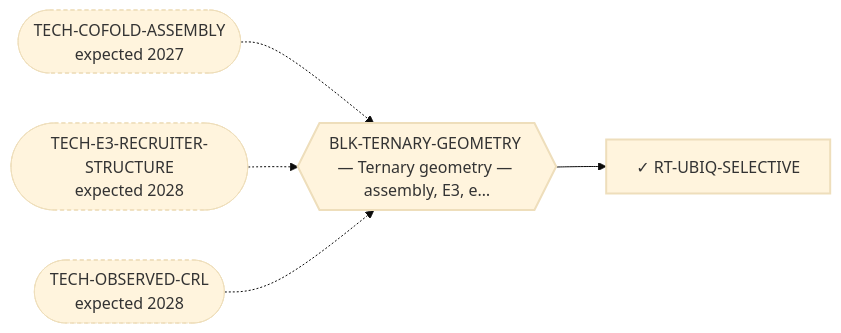
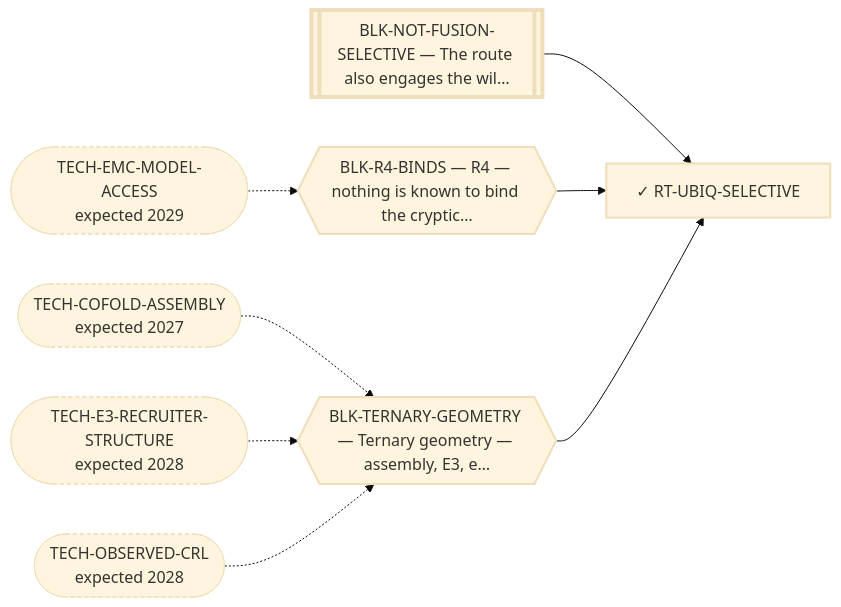
Before and after one commit to trimcrae/Rare-cancers: the diagram in systems/views/L2-rt-ubiq-selective.md, drawn with Mermaid (base theme). The commit also changed other lines of this file and 16 other files, not shown here.

````diff
--- a/systems/views/L2-rt-ubiq-selective.md
+++ b/systems/views/L2-rt-ubiq-selective.md
@@ -27,16 +27,22 @@
 ```mermaid
 flowchart LR
   RT_UBIQ_SELECTIVE["✓ RT-UBIQ-SELECTIVE"]:::fam
+  BLK_NOT_FUSION_SELECTIVE[["BLK-NOT-FUSION-SELECTIVE — The route also engages the wil…"]]:::perm
+  BLK_NOT_FUSION_SELECTIVE --> RT_UBIQ_SELECTIVE
+  BLK_R4_BINDS{{"BLK-R4-BINDS — R4 — nothing is known to bind the cryptic…"}}:::blk
+  BLK_R4_BINDS --> RT_UBIQ_SELECTIVE
+  TECH_EMC_MODEL_ACCESS(["TECH-EMC-MODEL-ACCESS<br/>expected 2029"]):::tech
+  TECH_EMC_MODEL_ACCESS -.-> BLK_R4_BINDS
   BLK_TERNARY_GEOMETRY{{"BLK-TERNARY-GEOMETRY — Ternary geometry — assembly, E3, e…"}}:::blk
   BLK_TERNARY_GEOMETRY --> RT_UBIQ_SELECTIVE
   TECH_COFOLD_ASSEMBLY(["TECH-COFOLD-ASSEMBLY<br/>expected 2027"]):::tech
   TECH_COFOLD_ASSEMBLY -.-> BLK_TERNARY_GEOMETRY
   TECH_E3_RECRUITER_STRUCTURE(["TECH-E3-RECRUITER-STRUCTURE<br/>expected 2028"]):::tech
   TECH_E3_RECRUITER_STRUCTURE -.-> BLK_TERNARY_GEOMETRY
   TECH_OBSERVED_CRL(["TECH-OBSERVED-CRL<br/>expected 2028"]):::tech
   TECH_OBSERVED_CRL -.-> BLK_TERNARY_GEOMETRY
   classDef fam stroke-width:2px;
   classDef blk stroke-width:2px;
   classDef perm stroke-width:4px;
   classDef tech stroke-width:1px,stroke-dasharray:4 3;
 ```
````
